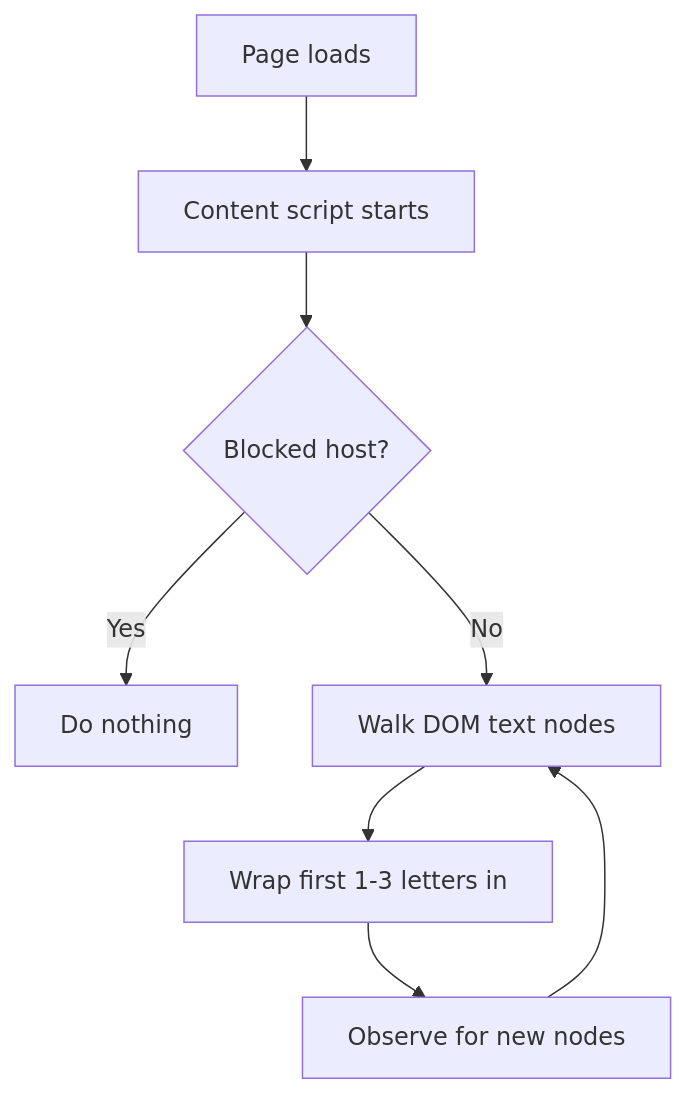
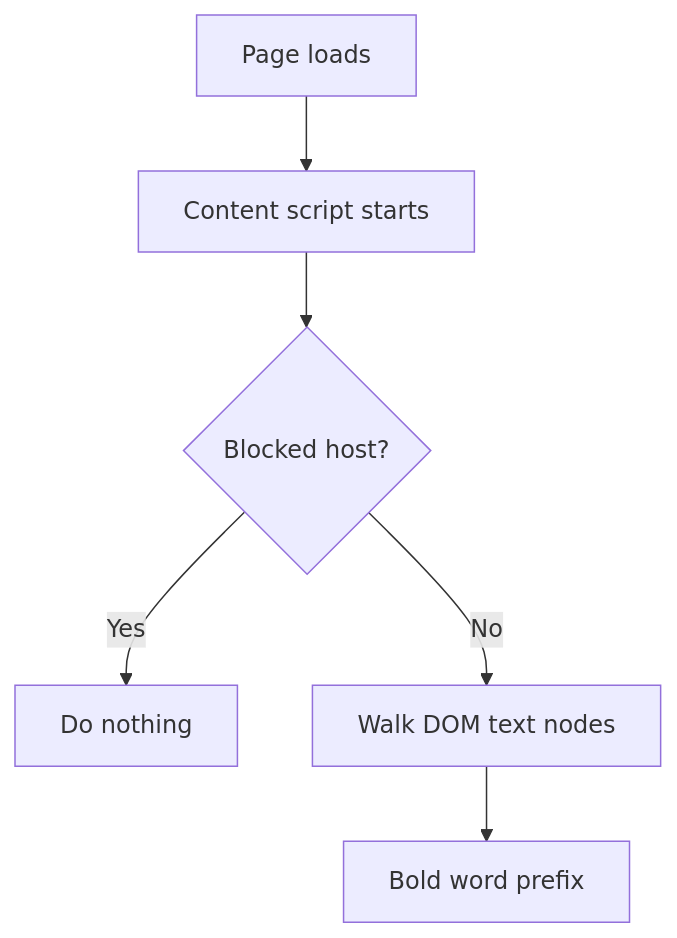
Before and after one commit to 3Marshmellows/BoldStart-Reader: the diagram in README.md, drawn with Mermaid. The commit also changed other lines of this file, not shown here.

````diff
--- a/README.md
+++ b/README.md
@@ -12,10 +16,8 @@
 ```mermaid
 flowchart TD
   A["Page loads"] --> B["Content script starts"]
   B --> C{"Blocked host?"}
   C -- "Yes" --> D["Do nothing"]
   C -- "No" --> E["Walk DOM text nodes"]
-  E --> F["Wrap first 1-3 letters in <span>"]
-  F --> G["Observe for new nodes"]
-  G --> E
+  E --> F["Bold word prefix"]
 ```
````
